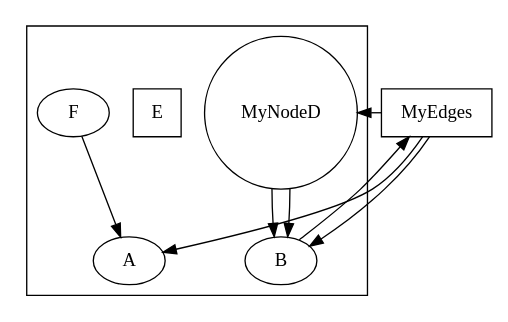
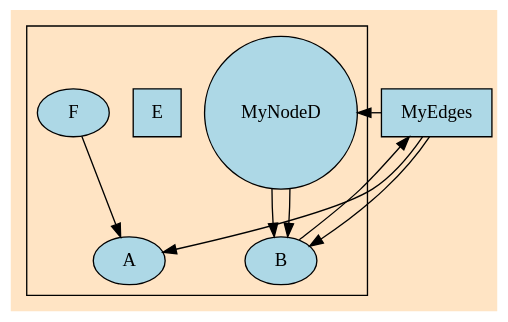
The diagram in UnitTests/TestExamples/example.dot (jjermann/sharpgraph), drawn with Graphviz before and after one commit. The commit also changed 18 other files, not shown here.

Commit message:
- move ImageToBitmapSourceConverter back to ExampleGraphView - support enter in textbox - Support recursive attribute fetching - bugfix attribute setting for graph in GraphVisitor - Support stroke and fill colors for nodes and (sub)graphs - adjust example.dot accordingly

```diff
--- a/UnitTests/TestExamples/example.dot
+++ b/UnitTests/TestExamples/example.dot
@@ -1,16 +1,18 @@
 digraph {
+  bgcolor="bisque"
+  node [style=filled, fillcolor="lightblue"]
   A
   B->C->{
     A; D; {
 	  A; B
 	}
   }
   C [label="MyEdges", shape="rect"]
   D->B
   D [label="MyNodeD", shape="circle"];
   subgraph cluster0 {
     E [shape="square"]
 	F->A
 	D->B
   }
 }
```
